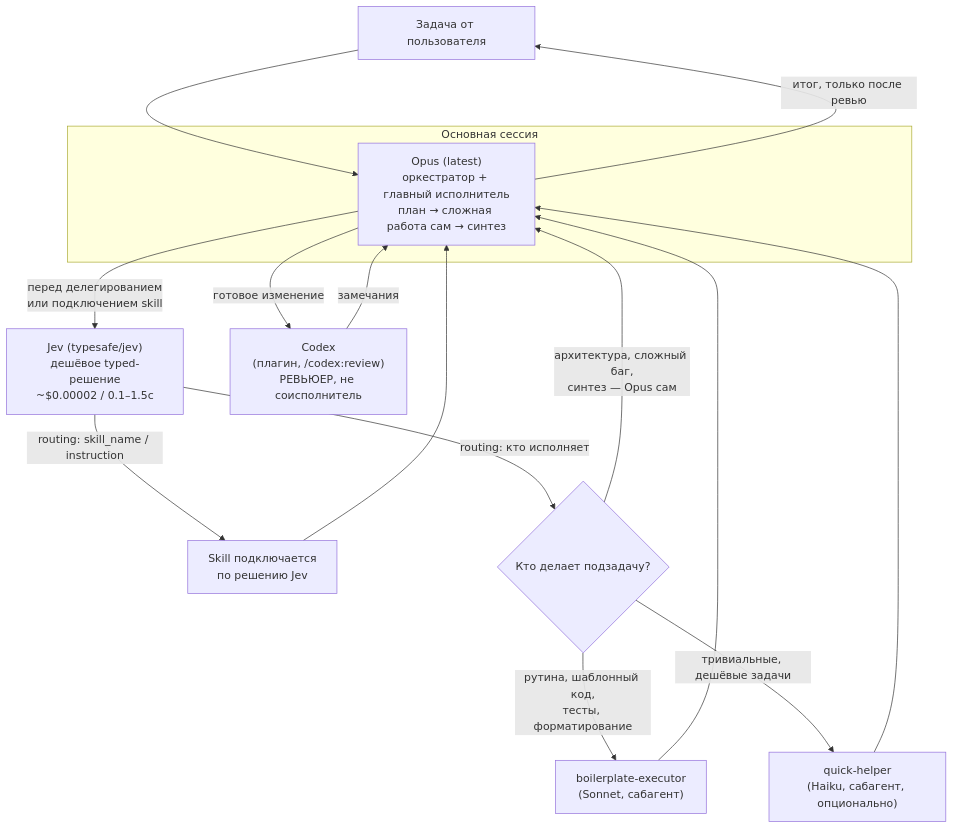
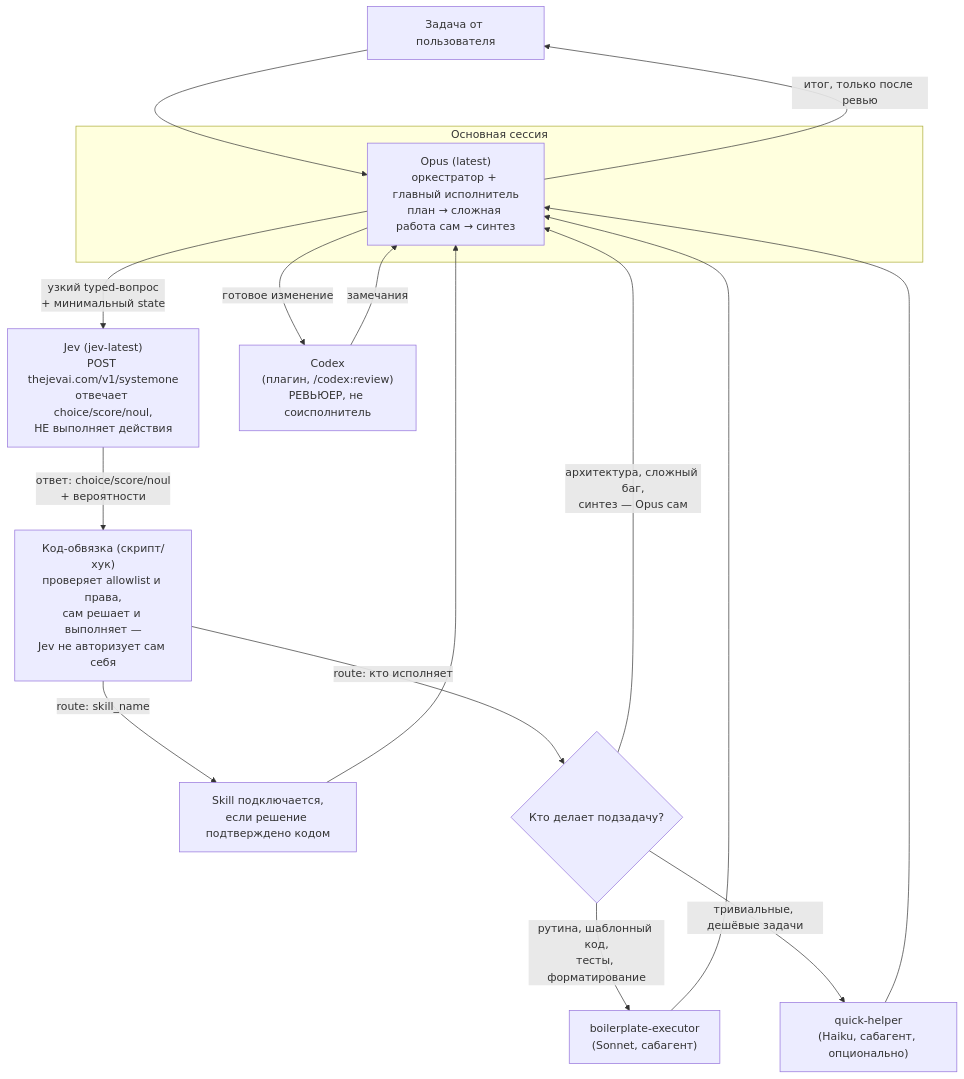
The diagram in README.md (Lightwell-bg/agents_cc_codex), drawn with Mermaid before and after one commit. The commit also changed other lines of this file and 4 other files, not shown here.

````diff
--- a/README.md
+++ b/README.md
@@ -18,25 +19,27 @@
 ```mermaid
 flowchart TD
     U["Задача от пользователя"] --> O
 
     subgraph MAIN["Основная сессия"]
         O["Opus (latest)<br/>оркестратор + главный исполнитель<br/>план → сложная работа сам → синтез"]
     end
 
-    O -->|"перед делегированием<br/>или подключением skill"| J["Jev (typesafe/jev)<br/>дешёвое typed-решение<br/>~$0.00002 / 0.1–1.5с"]
+    O -->|"узкий typed-вопрос<br/>+ минимальный state"| J["Jev (jev-latest)<br/>POST thejevai.com/v1/systemone<br/>отвечает choice/score/noul,<br/>НЕ выполняет действия"]
 
-    J -->|"routing: skill_name / instruction"| SK["Skill подключается<br/>по решению Jev"]
-    J -->|"routing: кто исполняет"| ROUTE{"Кто делает подзадачу?"}
+    J -->|"ответ: choice/score/noul<br/>+ вероятности"| CODE["Код-обвязка (скрипт/хук)<br/>проверяет allowlist и права,<br/>сам решает и выполняет —<br/>Jev не авторизует сам себя"]
+
+    CODE -->|"route: skill_name"| SK["Skill подключается,<br/>если решение подтверждено кодом"]
+    CODE -->|"route: кто исполняет"| ROUTE{"Кто делает подзадачу?"}
 
     ROUTE -->|"архитектура, сложный баг,<br/>синтез — Opus сам"| O
     ROUTE -->|"рутина, шаблонный код,<br/>тесты, форматирование"| B["boilerplate-executor<br/>(Sonnet, сабагент)"]
     ROUTE -->|"тривиальные, дешёвые задачи"| Q["quick-helper<br/>(Haiku, сабагент, опционально)"]
 
     B --> O
     Q --> O
     SK --> O
 
     O -->|"готовое изменение"| C["Codex<br/>(плагин, /codex:review)<br/>РЕВЬЮЕР, не соисполнитель"]
     C -->|"замечания"| O
     O -->|"итог, только после ревью"| U
 ```
````
